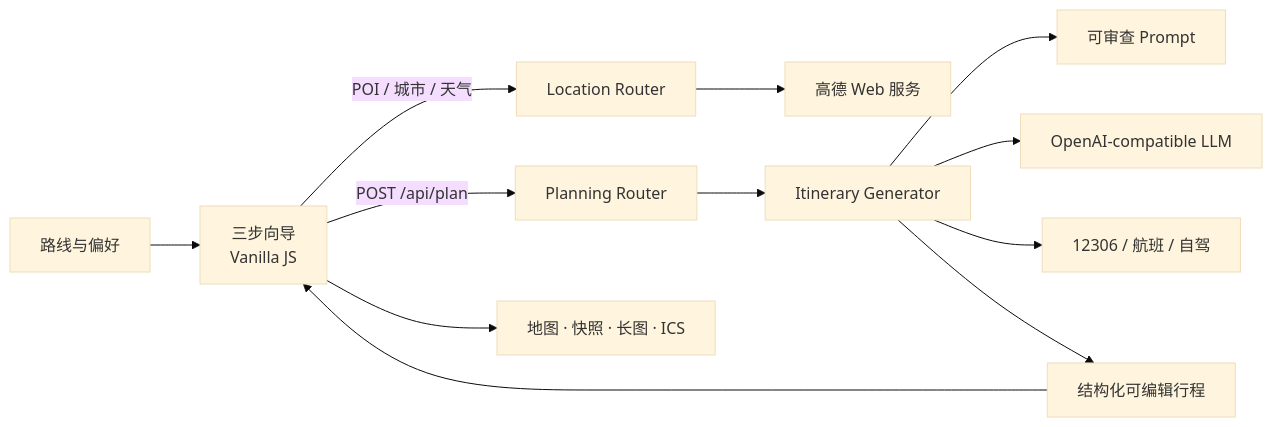
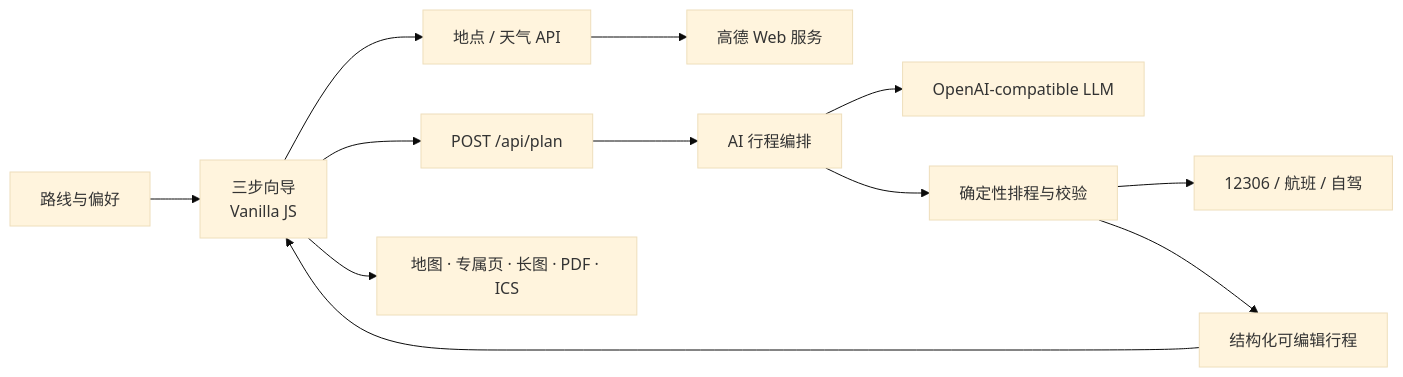
One commit to suiyi117/ai-travel-planner changed the diagram in README.md. Above: the diagram before and after it, drawn with Mermaid (base theme). The commit also changed other lines of this file and 97 other files, not shown here.

````diff
--- a/README.md
+++ b/README.md
@@ -125,14 +128,14 @@
-```mermaid
+~~~mermaid
 flowchart LR
   U["路线与偏好"] --> UI["三步向导<br/>Vanilla JS"]
-  UI -->|"POI / 城市 / 天气"| LOC["Location Router"]
+  UI --> LOC["地点 / 天气 API"]
   LOC --> AMAP["高德 Web 服务"]
-  UI -->|"POST /api/plan"| PLAN["Planning Router"]
-  PLAN --> GEN["Itinerary Generator"]
-  GEN --> PROMPT["可审查 Prompt"]
+  UI --> PLAN["POST /api/plan"]
+  PLAN --> GEN["AI 行程编排"]
   GEN --> LLM["OpenAI-compatible LLM"]
-  GEN --> TRANSIT["12306 / 航班 / 自驾"]
-  GEN --> RESULT["结构化可编辑行程"]
+  GEN --> SCHED["确定性排程与校验"]
+  SCHED --> TRANSIT["12306 / 航班 / 自驾"]
+  SCHED --> RESULT["结构化可编辑行程"]
   RESULT --> UI
-  UI --> OUTPUT["地图 · 快照 · 长图 · ICS"]
-```
+  UI --> DELIVERY["地图 · 专属页 · 长图 · PDF · ICS"]
+~~~
````
